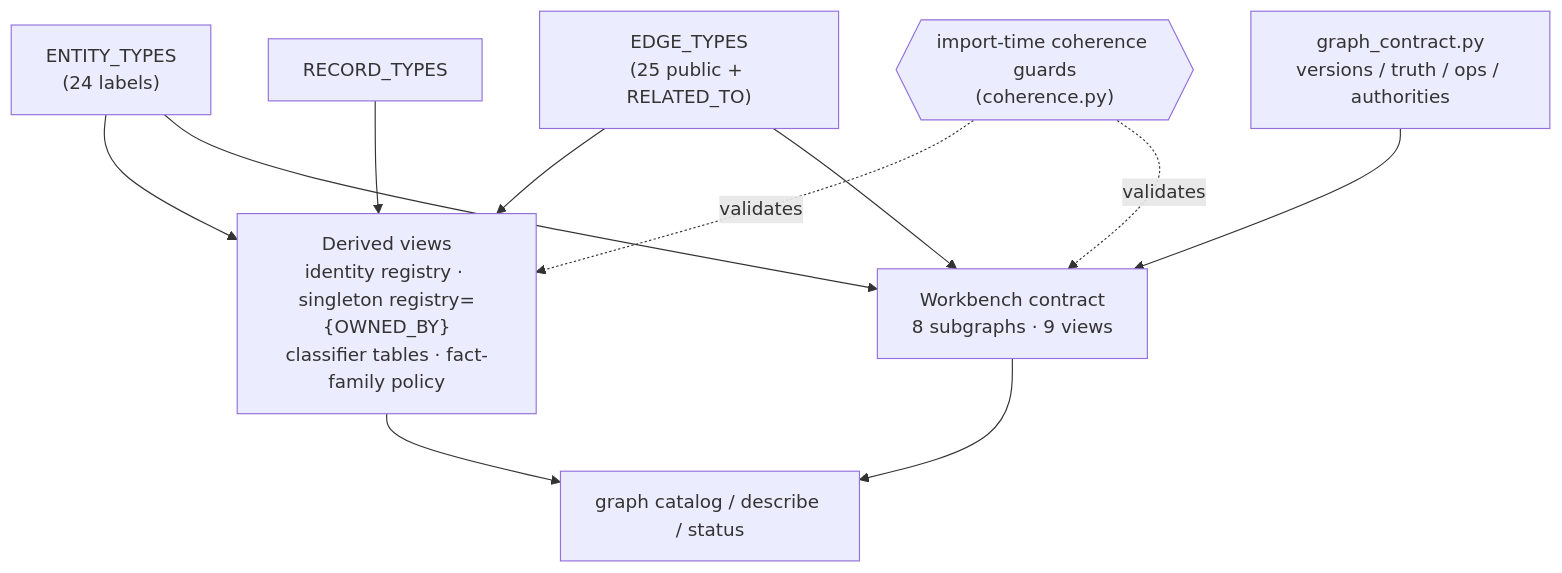
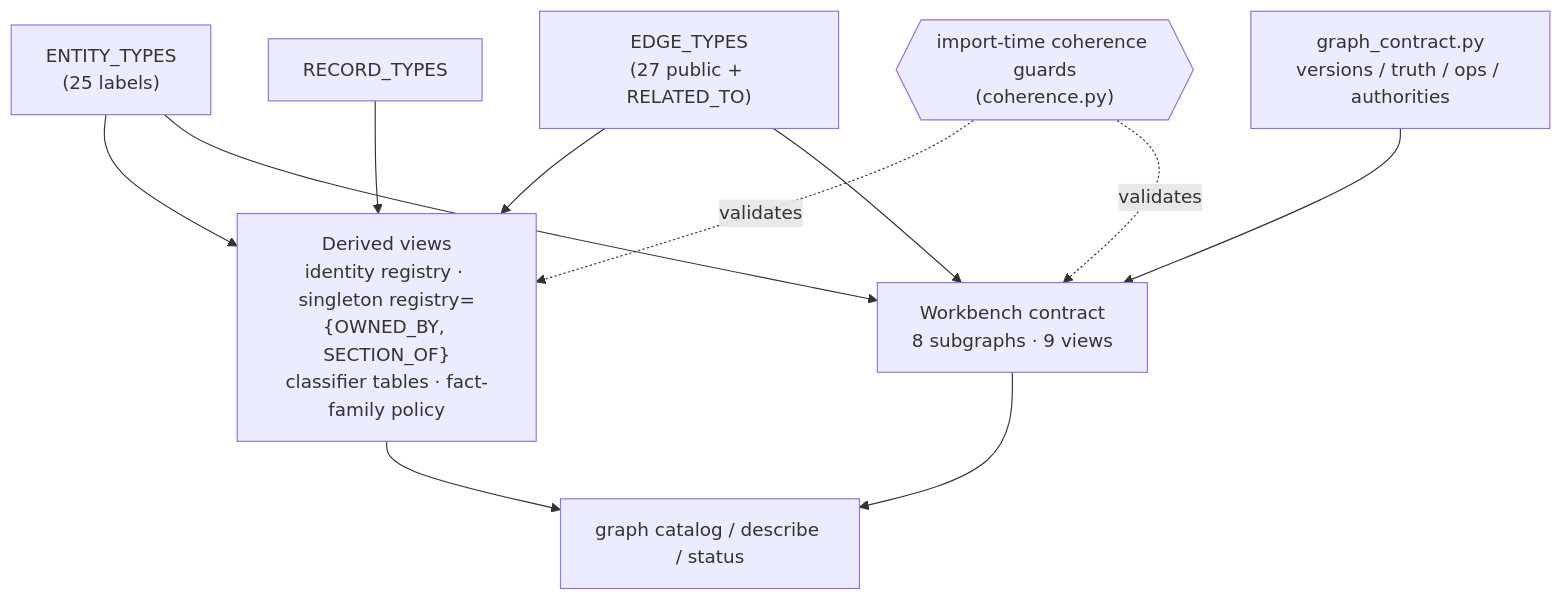
Before and after one commit to potpie-ai/potpie: the diagram in docs/context-graph/ontology.md, drawn with Mermaid. The commit also changed other lines of this file and 74 other files, not shown here.

````diff
--- a/docs/context-graph/ontology.md
+++ b/docs/context-graph/ontology.md
@@ -36,23 +36,23 @@
 ```mermaid
 flowchart TB
-  ont_e["ENTITY_TYPES<br/>(24 labels)"]
-  ont_p["EDGE_TYPES<br/>(25 public + RELATED_TO)"]
+  ont_e["ENTITY_TYPES<br/>(25 labels)"]
+  ont_p["EDGE_TYPES<br/>(27 public + RELATED_TO)"]
   ont_r["RECORD_TYPES"]
   ont_c["graph_contract.py<br/>versions / truth / ops / authorities"]
 
-  ont_views["Derived views<br/>identity registry · singleton registry={OWNED_BY}<br/>classifier tables · fact-family policy"]
+  ont_views["Derived views<br/>identity registry · singleton registry={OWNED_BY, SECTION_OF}<br/>classifier tables · fact-family policy"]
   ont_wb["Workbench contract<br/>8 subgraphs · 9 views"]
   ont_out["graph catalog / describe / status"]
   ont_guard{{"import-time coherence guards<br/>(coherence.py)"}}
 
   ont_e --> ont_views
   ont_p --> ont_views
   ont_e --> ont_wb
   ont_p --> ont_wb
   ont_r --> ont_views
   ont_c --> ont_wb
   ont_views --> ont_out
   ont_wb --> ont_out
   ont_guard -. validates .-> ont_views
   ont_guard -. validates .-> ont_wb
 ```
````
